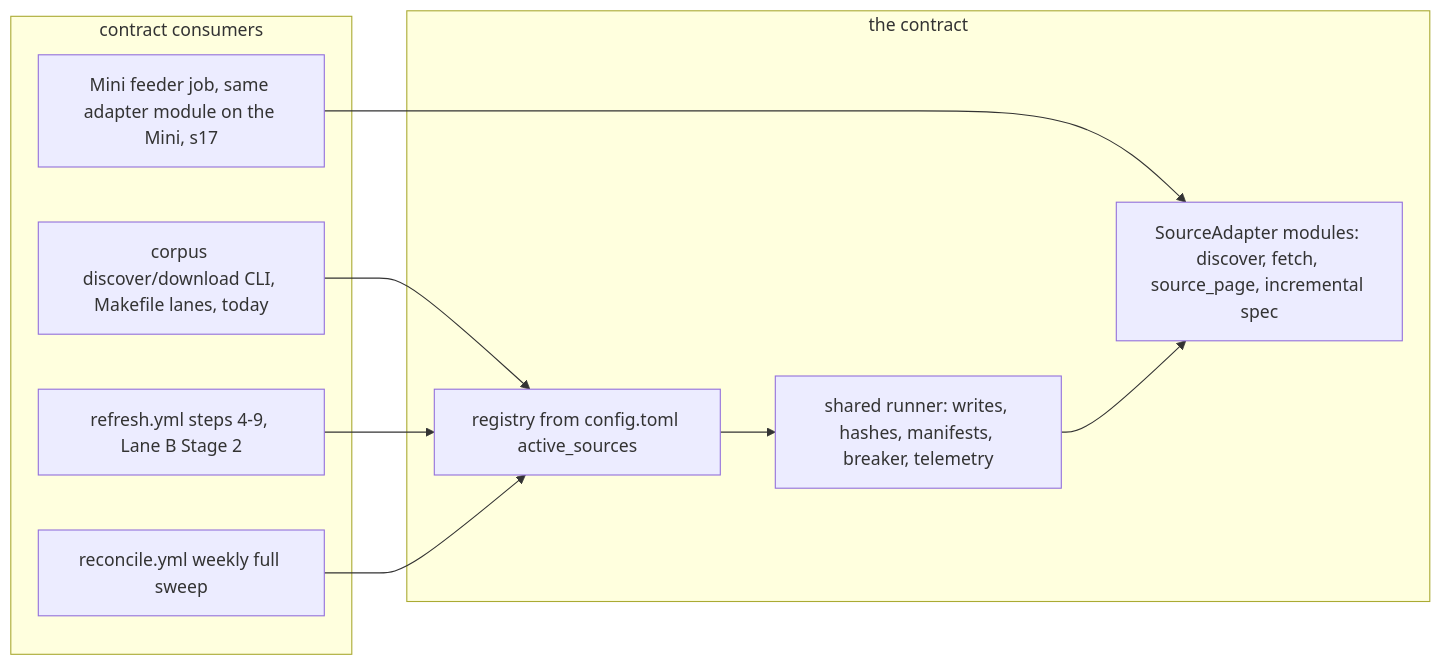
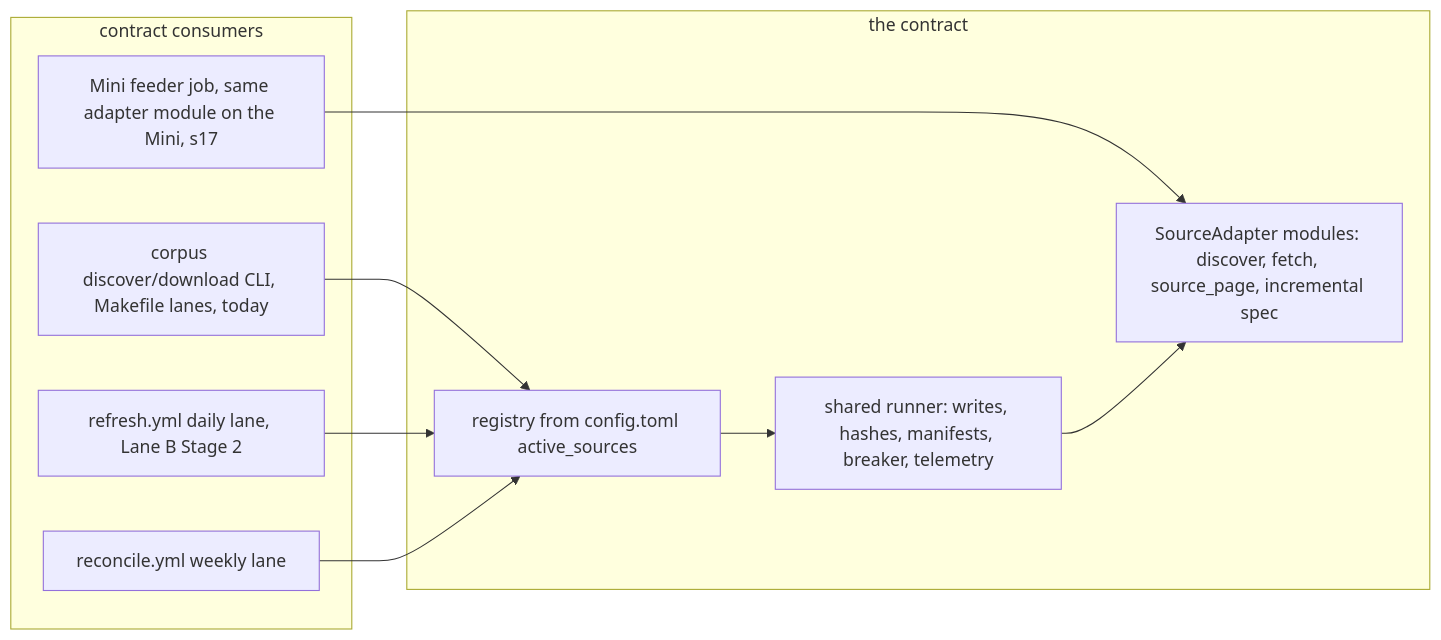
Before and after one commit to Teal-Insights/sovereign-prospectus-corpus: the diagram in docs/superpowers/specs/2026-07-19-source-onboarding-dublin-design.md, drawn with Mermaid. The commit also changed other lines of this file, not shown here.

````diff
--- a/docs/superpowers/specs/2026-07-19-source-onboarding-dublin-design.md
+++ b/docs/superpowers/specs/2026-07-19-source-onboarding-dublin-design.md
@@ -32,19 +32,19 @@
 ```mermaid
 flowchart LR
   subgraph contract consumers
     CLI[corpus discover/download CLI, Makefile lanes, today]
-    RY[refresh.yml steps 4-9, Lane B Stage 2]
+    RY[refresh.yml daily lane, Lane B Stage 2]
     MF[Mini feeder job, same adapter module on the Mini, s17]
-    RC[reconcile.yml weekly full sweep]
+    RC[reconcile.yml weekly lane]
   end
   subgraph the contract
     REG[registry from config.toml active_sources]
     RUN[shared runner: writes, hashes, manifests, breaker, telemetry]
     AD[SourceAdapter modules: discover, fetch, source_page, incremental spec]
   end
   CLI --> REG
   RY --> REG
   MF --> AD
   RC --> REG
   REG --> RUN --> AD
 ```
````
